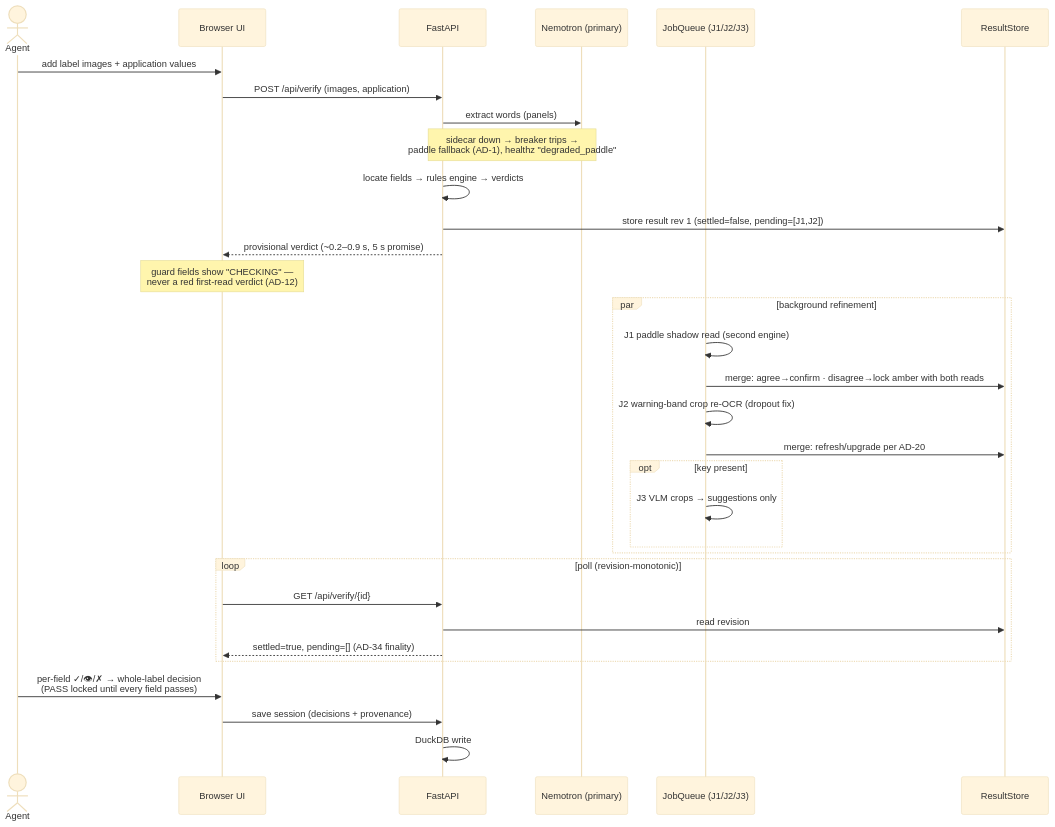
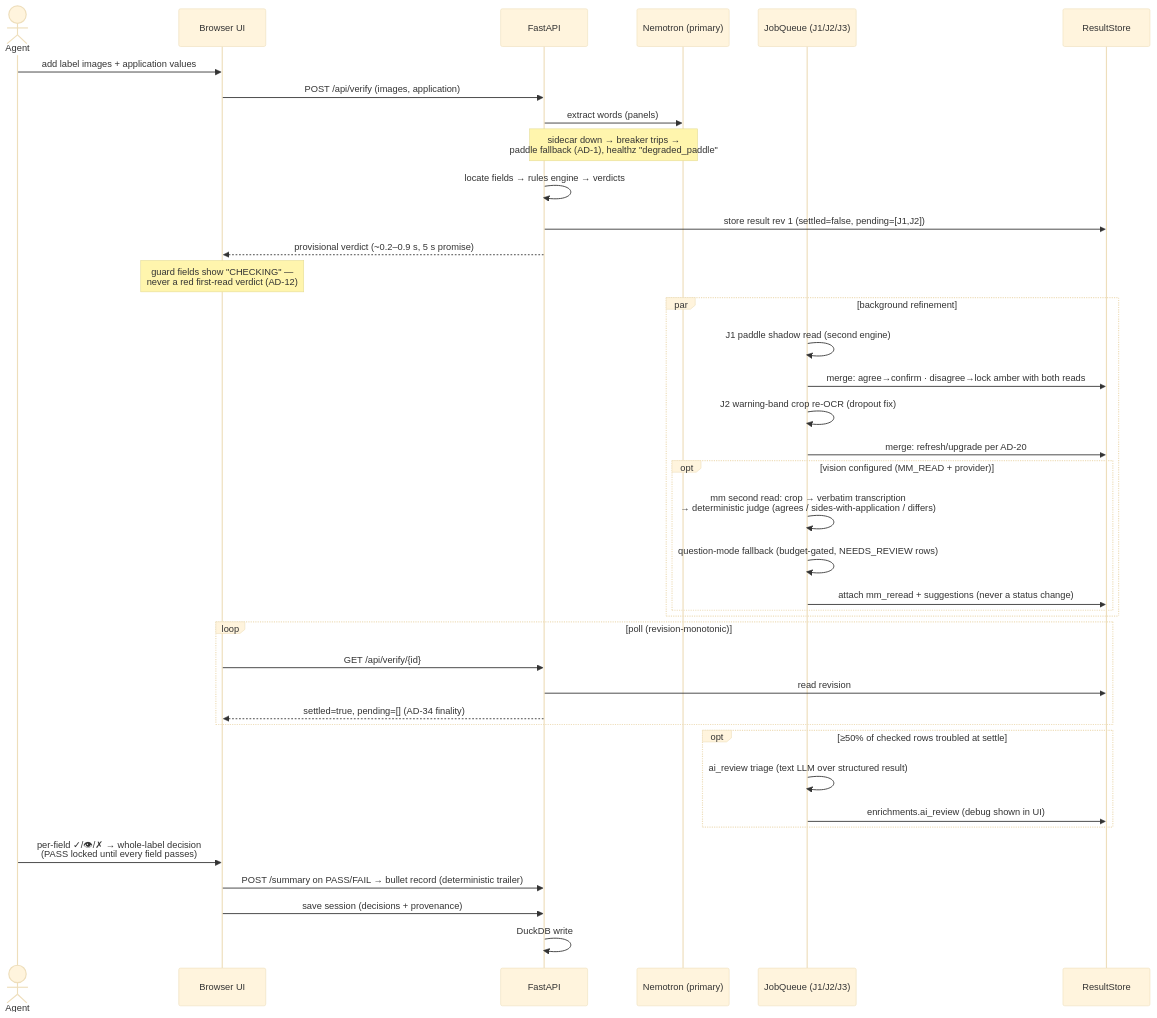
The second of 3 diagrams in docs/architecture.md (niccolox/ttb-take-hown), drawn with Mermaid (base theme) before and after one commit. The commit also changed other lines of this file, not shown here.

First line of the commit message:
Architecture doc: Sol vision layer, mm second read, text-reasoning tier

````diff
--- a/docs/architecture.md
+++ b/docs/architecture.md
@@ -81,37 +91,44 @@
 ```mermaid
 sequenceDiagram
     actor Agent
     participant UI as Browser UI
     participant API as FastAPI
     participant OCR as Nemotron (primary)
     participant Q as JobQueue (J1/J2/J3)
     participant S as ResultStore
 
     Agent->>UI: add label images + application values
     UI->>API: POST /api/verify (images, application)
     API->>OCR: extract words (panels)
     Note over API,OCR: sidecar down → breaker trips →<br/>paddle fallback (AD-1), healthz "degraded_paddle"
     API->>API: locate fields → rules engine → verdicts
     API->>S: store result rev 1 (settled=false, pending=[J1,J2])
     API-->>UI: provisional verdict (~0.2–0.9 s, 5 s promise)
     Note over UI: guard fields show "CHECKING" —<br/>never a red first-read verdict (AD-12)
 
     par background refinement
         Q->>Q: J1 paddle shadow read (second engine)
         Q->>S: merge: agree→confirm · disagree→lock amber with both reads
         Q->>Q: J2 warning-band crop re-OCR (dropout fix)
         Q->>S: merge: refresh/upgrade per AD-20
-        opt key present
-            Q->>Q: J3 VLM crops → suggestions only
+        opt vision configured (MM_READ + provider)
+            Q->>Q: mm second read: crop → verbatim transcription<br/>→ deterministic judge (agrees / sides-with-application / differs)
+            Q->>Q: question-mode fallback (budget-gated, NEEDS_REVIEW rows)
+            Q->>S: attach mm_reread + suggestions (never a status change)
         end
     end
 
     loop poll (revision-monotonic)
         UI->>API: GET /api/verify/{id}
         API->>S: read revision
         API-->>UI: settled=true, pending=[] (AD-34 finality)
     end
+    opt ≥50% of checked rows troubled at settle
+        Q->>Q: ai_review triage (text LLM over structured result)
+        Q->>S: enrichments.ai_review (debug shown in UI)
+    end
     Agent->>UI: per-field ✓/👁/✗ → whole-label decision<br/>(PASS locked until every field passes)
+    UI->>API: POST /summary on PASS/FAIL → bullet record (deterministic trailer)
     UI->>API: save session (decisions + provenance)
     API->>API: DuckDB write
 ```
````
